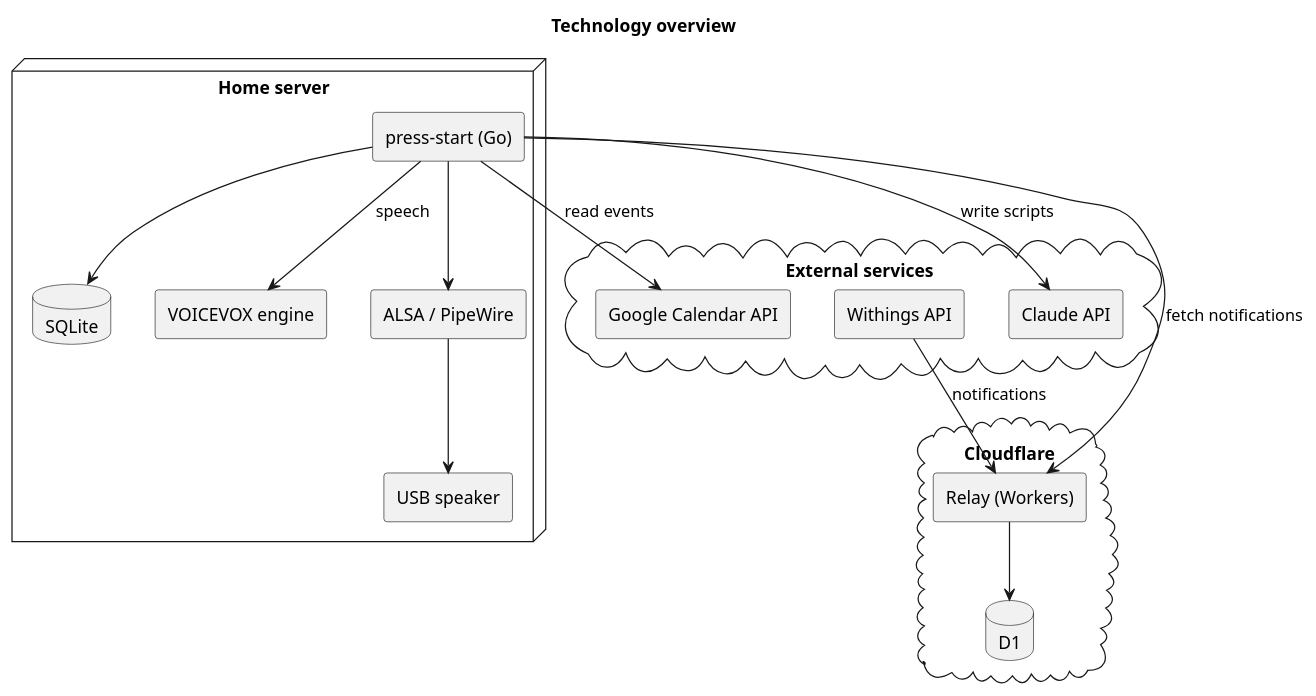
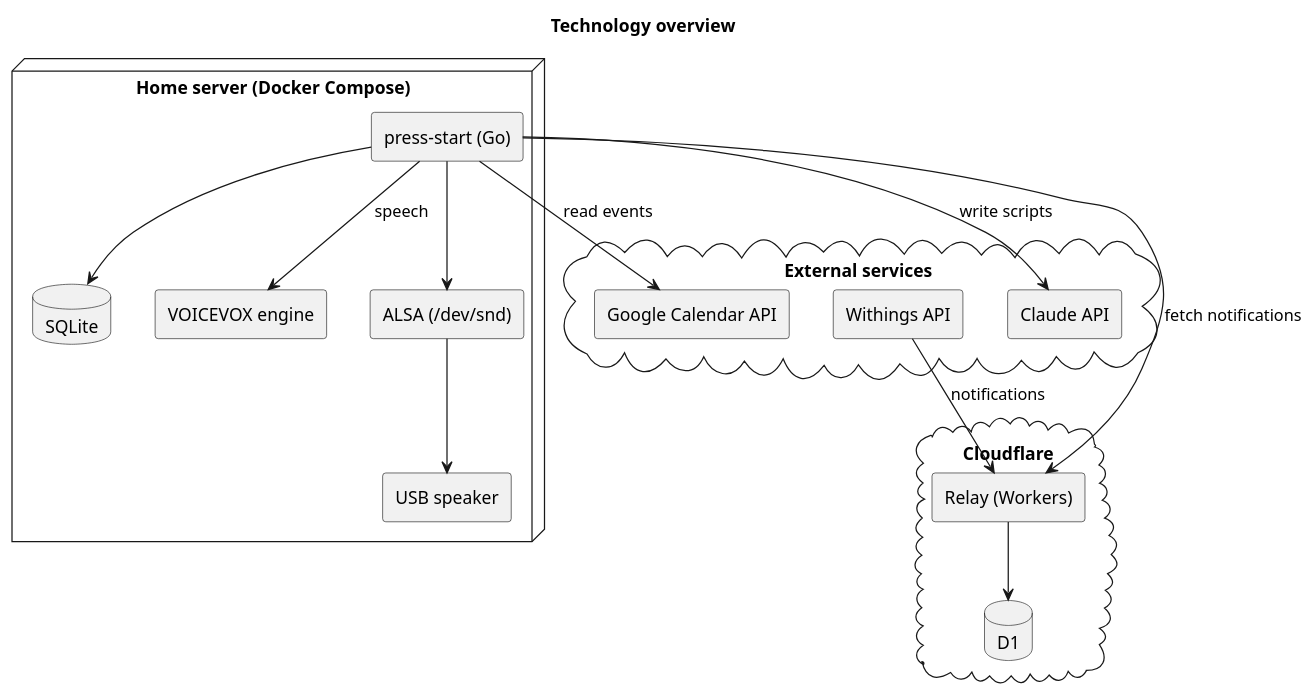
Before and after one commit to cloveclovedev/press-start: the diagram in docs/ja/requirements/technology.puml, drawn with PlantUML. The commit also changed 2 other files, not shown here.

Commit message:
docs(requirements): run on Docker Compose and play through ALSA directly
Claude-Session: https://claude.ai/code/session_01TFZkofXaDzgbSPfhvi1zni

```diff
--- a/docs/ja/requirements/technology.puml
+++ b/docs/ja/requirements/technology.puml
@@ -1,32 +1,32 @@
 @startuml technology
 title Technology overview
 skinparam shadowing false
 skinparam componentStyle rectangle
 
 cloud "External services" {
   [Google Calendar API] as gcal
   [Withings API] as withings
   [Claude API] as claude
 }
 cloud "Cloudflare" {
   [Relay (Workers)] as relay
   database "D1" as d1
 }
-node "Home server" {
+node "Home server (Docker Compose)" {
   [press-start (Go)] as app
   database "SQLite" as db
   [VOICEVOX engine] as tts
-  [ALSA / PipeWire] as audio
+  [ALSA (/dev/snd)] as audio
   [USB speaker] as speaker
 }
 
 withings --> relay : notifications
 relay --> d1
 app --> gcal : read events
 app --> relay : fetch notifications
 app --> claude : write scripts
 app --> db
 app --> tts : speech
 app --> audio
 audio --> speaker
 @enduml
```
